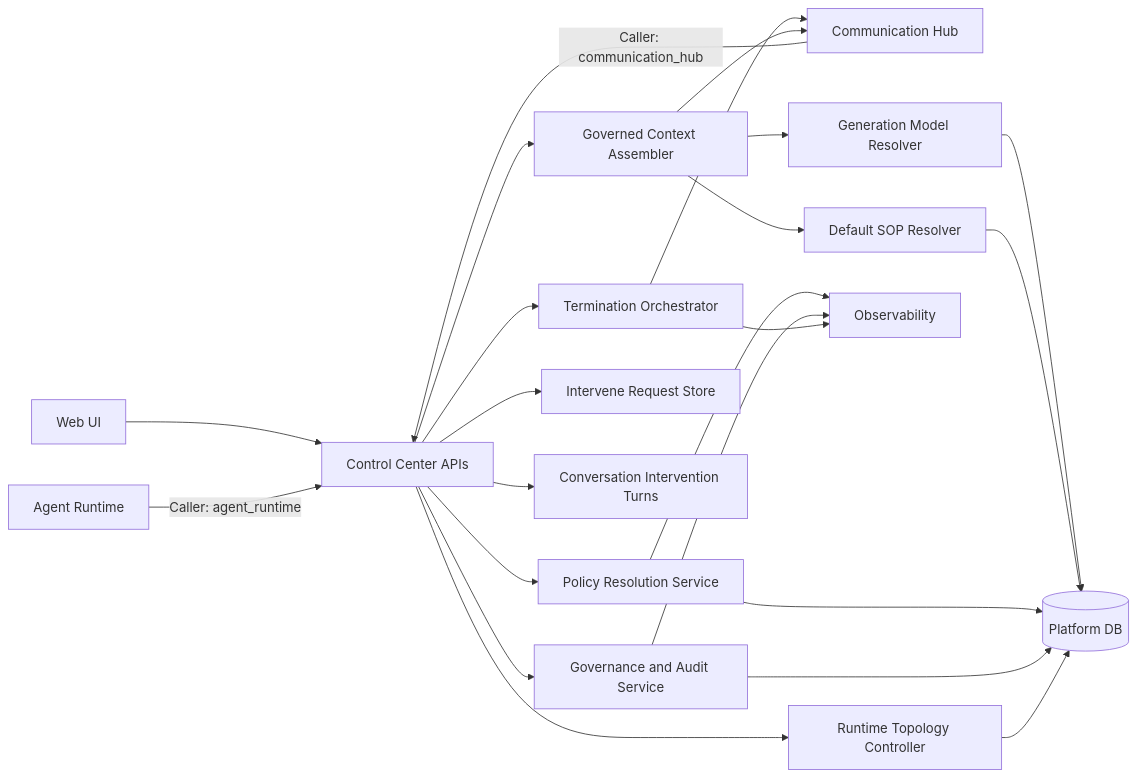
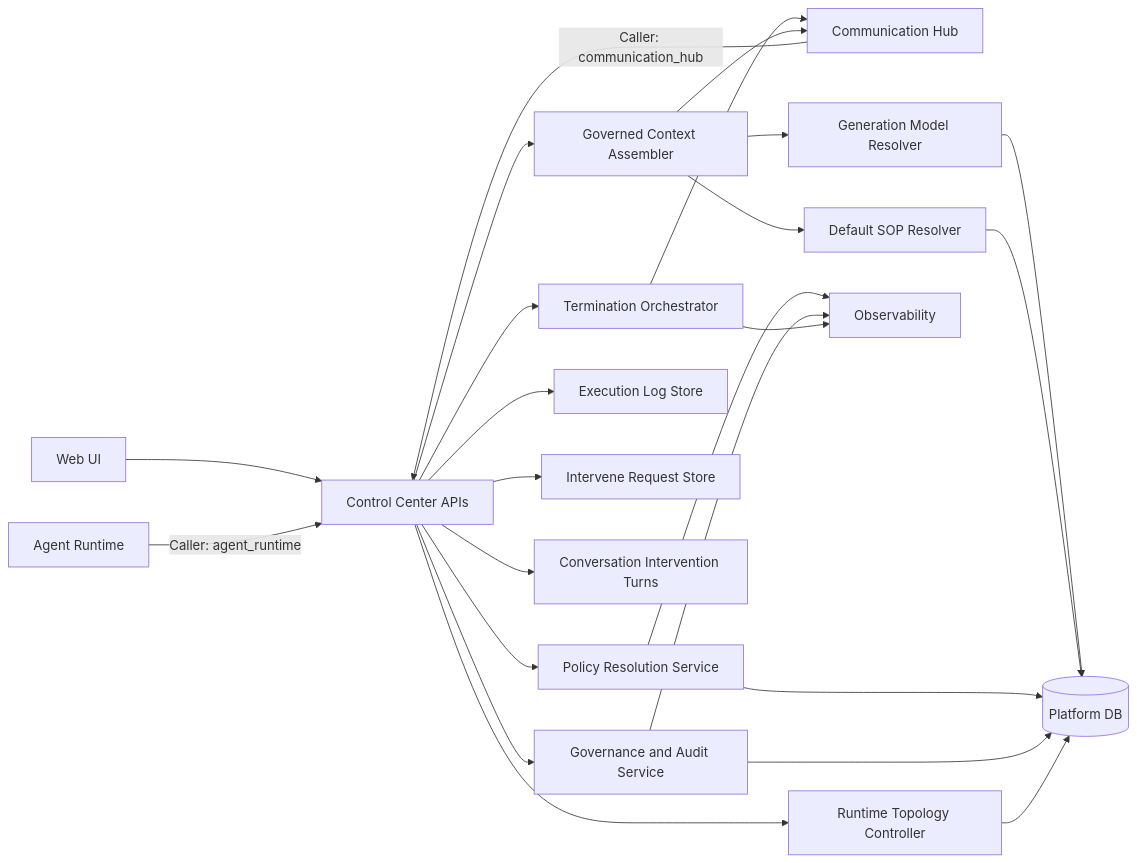
One commit to hurungang/parthenon changed the first of 2 diagrams in docs/master/architecture/modules/control-center/architecture.md. Above: the diagram before and after it, drawn with Mermaid. The commit also changed other lines of this file and 68 other files, not shown here.

````diff
--- a/docs/master/architecture/modules/control-center/architecture.md
+++ b/docs/master/architecture/modules/control-center/architecture.md
@@ -3,37 +3,38 @@
 ```mermaid
 flowchart LR
     UI[Web UI]
     CH[Communication Hub]
     AR[Agent Runtime]
     API[Control Center APIs]
     POL[Policy Resolution Service]
     CTX[Governed Context Assembler]
     CFG[Generation Model Resolver]
     SOP[Default SOP Resolver]
     GOV[Governance and Audit Service]
     DB[(Platform DB)]
     OBS[Observability]
 
     UI --> API
     CH -->|Caller: communication_hub| API
     AR -->|Caller: agent_runtime| API
     API --> POL
     API --> CTX
+    API --> ELS[Execution Log Store]
     API --> IRS[Intervene Request Store]
     API --> CIT[Conversation Intervention Turns]
     API --> TOPO[Runtime Topology Controller]
     API --> TERM[Termination Orchestrator]
     CTX --> CFG
     CTX --> SOP
     CFG --> DB
     SOP --> DB
     API --> GOV
     POL --> DB
     GOV --> DB
     TOPO --> DB
     TERM --> CH
     CTX --> CH
     POL --> OBS
     GOV --> OBS
     TERM --> OBS
 ```
````
